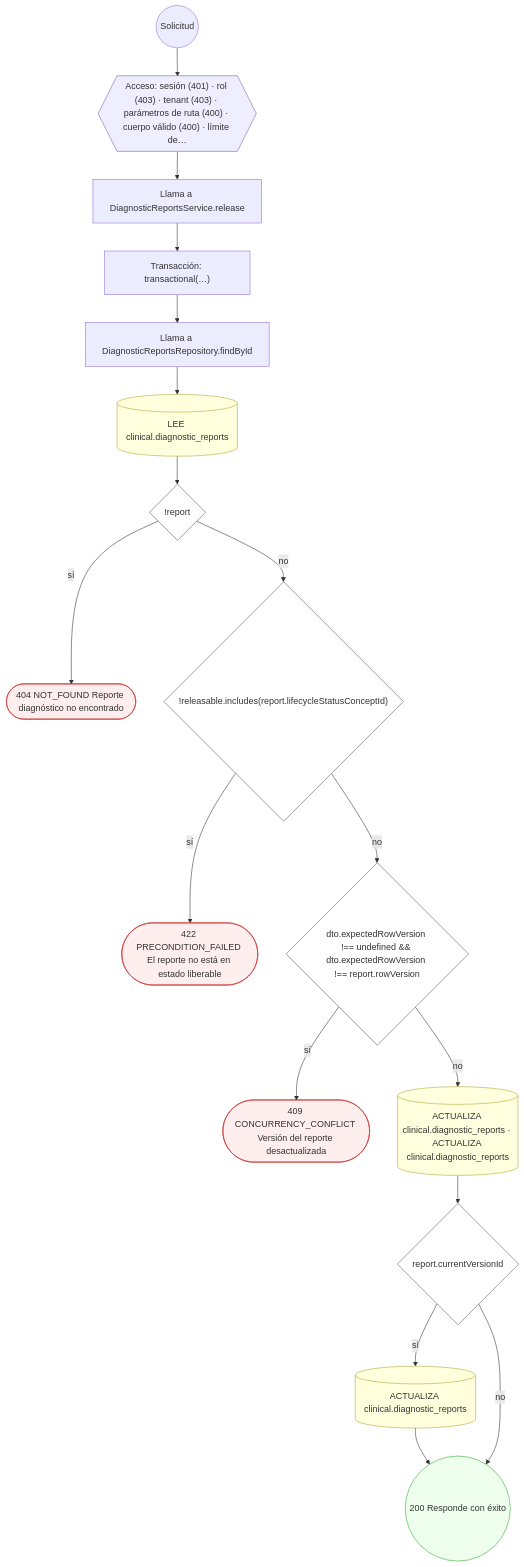
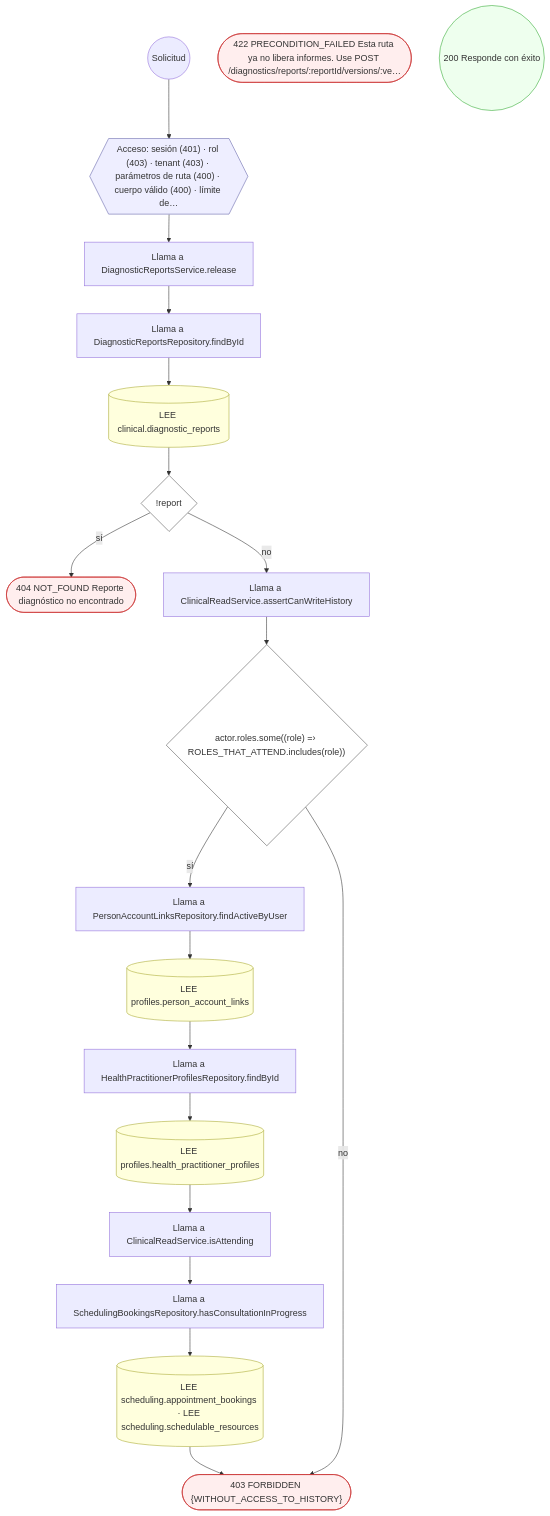
Before and after one commit to mdavila-2001/mantra-core-health-api: diagram 13 of 39 in docs/inventario/flujos/clinical.md, drawn with Mermaid. The commit also changed other lines of this file and 451 other files, not shown here.

First line of the commit message:
chore(data_catalog): contrato OpenAPI, inventario y pruebas al día con el diseño del #660

````diff
--- a/docs/inventario/flujos/clinical.md
+++ b/docs/inventario/flujos/clinical.md
@@ -658,41 +1367,45 @@
 ```mermaid
 flowchart TD
   n1(("Solicitud")):::inicio
   n2{{"Acceso: sesión (401) · rol (403) · tenant (403) · parámetros de ruta (400) · cuerpo válido (400) · límite de…"}}:::acceso
   n1 --> n2
   n3["Llama a DiagnosticReportsService.release"]:::llamada
   n2 --> n3
-  n4["Transacción: transactional(…)"]:::transaccion
+  n4["Llama a DiagnosticReportsRepository.findById"]:::llamada
   n3 --> n4
-  n5["Llama a DiagnosticReportsRepository.findById"]:::llamada
+  n5[("LEE clinical.diagnostic_reports")]:::efecto
   n4 --> n5
-  n6[("LEE clinical.diagnostic_reports")]:::efecto
+  n6{"!report"}:::decision
   n5 --> n6
-  n7{"!report"}:::decision
-  n6 --> n7
-  n8(["404 NOT_FOUND Reporte diagnóstico no encontrado"]):::error
-  n7 -->|"sí"| n8
-  n9{"!releasable.includes(report.lifecycleStatusConceptId)"}:::decision
-  n7 -->|"no"| n9
-  n10(["422 PRECONDITION_FAILED El reporte no está en estado liberable"]):::error
+  n7(["404 NOT_FOUND Reporte diagnóstico no encontrado"]):::error
+  n6 -->|"sí"| n7
+  n8["Llama a ClinicalReadService.assertCanWriteHistory"]:::llamada
+  n6 -->|"no"| n8
+  n9{"actor.roles.some((role) =› ROLES_THAT_ATTEND.includes(role))"}:::decision
+  n8 --> n9
+  n10["Llama a PersonAccountLinksRepository.findActiveByUser"]:::llamada
   n9 -->|"sí"| n10
-  n11{"dto.expectedRowVersion !== undefined && dto.expectedRowVersion !== report.rowVersion"}:::decision
-  n9 -->|"no"| n11
-  n12(["409 CONCURRENCY_CONFLICT Versión del reporte desactualizada"]):::error
-  n11 -->|"sí"| n12
-  n13[("ACTUALIZA clinical.diagnostic_reports · ACTUALIZA clinical.diagnostic_reports")]:::efecto
-  n11 -->|"no"| n13
-  n14{"report.currentVersionId"}:::decision
+  n11[("LEE profiles.person_account_links")]:::efecto
+  n10 --> n11
+  n12["Llama a HealthPractitionerProfilesRepository.findById"]:::llamada
+  n11 --> n12
+  n13[("LEE profiles.health_practitioner_profiles")]:::efecto
+  n12 --> n13
+  n14["Llama a ClinicalReadService.isAttending"]:::llamada
   n13 --> n14
-  n15[("ACTUALIZA clinical.diagnostic_reports")]:::efecto
-  n14 -->|"sí"| n15
-  n16(("200 Responde con éxito")):::ok
+  n15["Llama a SchedulingBookingsRepository.hasConsultationInProgress"]:::llamada
+  n14 --> n15
+  n16[("LEE scheduling.appointment_bookings · LEE scheduling.schedulable_resources")]:::efecto
   n15 --> n16
-  n14 -->|"no"| n16
+  n17(["403 FORBIDDEN {WITHOUT_ACCESS_TO_HISTORY}"]):::error
+  n16 --> n17
+  n9 -->|"no"| n17
+  n18(["422 PRECONDITION_FAILED Esta ruta ya no libera informes. Use POST /diagnostics/reports/:reportId/versions/:ve…"]):::error
+  n19(("200 Responde con éxito")):::ok
   classDef acceso fill:#eef,stroke:#66a
   classDef error fill:#fee,stroke:#c33
   classDef ok fill:#efe,stroke:#3a3
   classDef efecto fill:#ffd,stroke:#aa3
   classDef decision fill:#fff,stroke:#555
   classDef corte fill:#eee,stroke:#999,stroke-dasharray: 4
 ```
````
